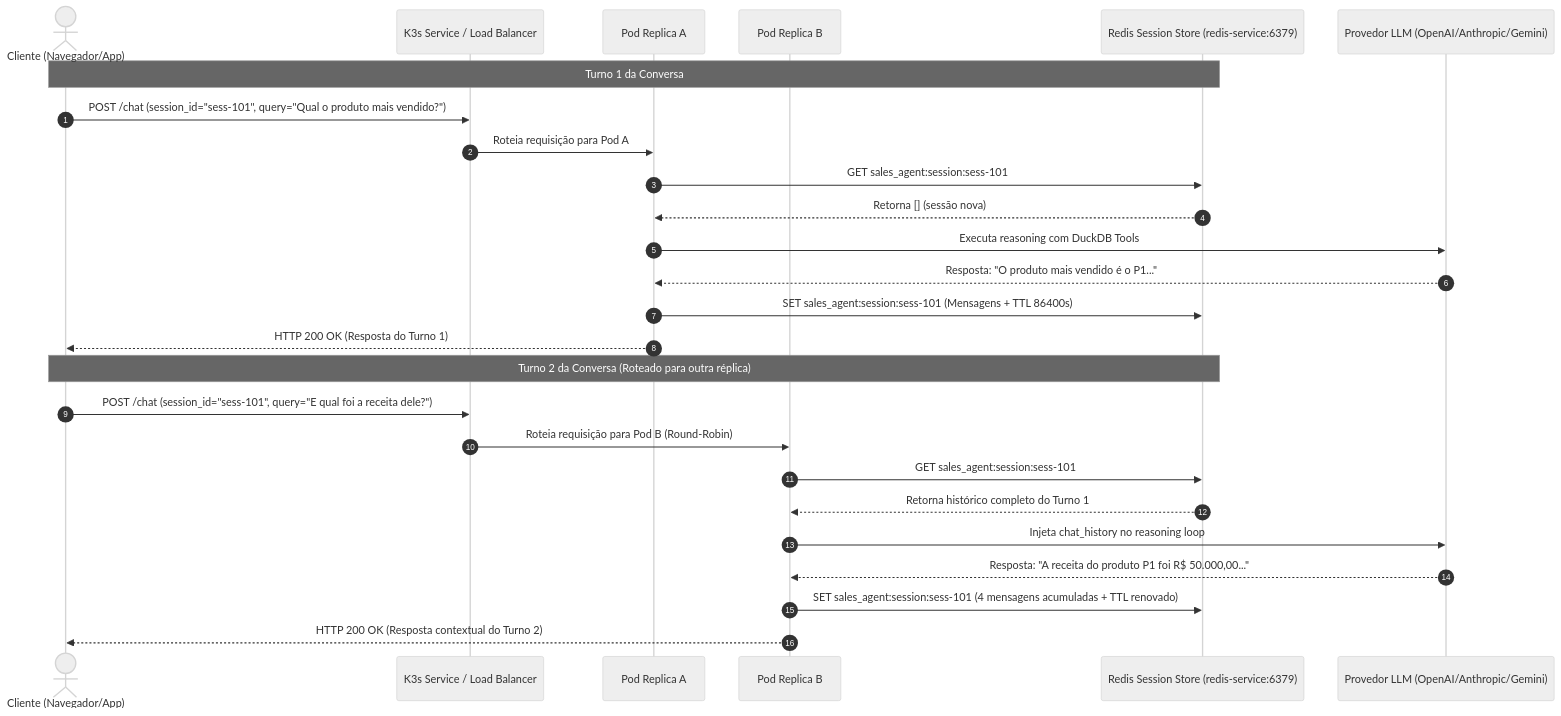
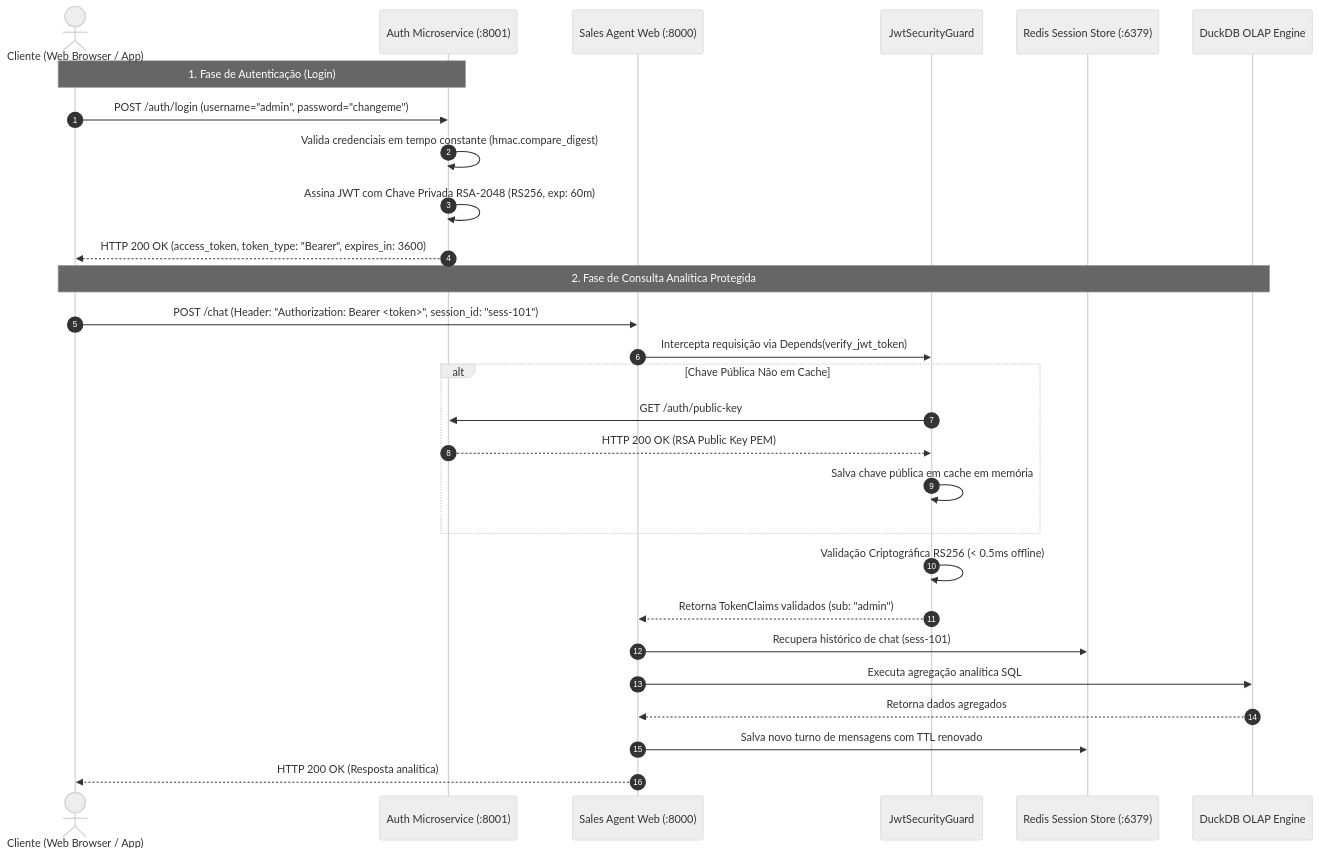
One commit to juliosilvacwb/sales-agent changed the second of 2 diagrams in README.md. Above: the diagram before and after it, drawn with Mermaid (neutral theme). The commit also changed other lines of this file and 42 other files, not shown here.

Commit message:
feat: implement JWT-based microservice authentication with RSA key management and FastAPI security guards

````diff
--- a/README.md
+++ b/README.md
@@ -109,30 +140,32 @@
 ```mermaid
 sequenceDiagram
     autonumber
-    actor Client as Cliente (Navegador/App)
-    participant K8sLB as K3s Service / Load Balancer
-    participant PodA as Pod Replica A
-    participant PodB as Pod Replica B
-    participant Redis as Redis Session Store (redis-service:6379)
-    participant LLM as Provedor LLM (OpenAI/Anthropic/Gemini)
+    actor Client as Cliente (Web Browser / App)
+    participant Auth as Auth Microservice (:8001)
+    participant Sales as Sales Agent Web (:8000)
+    participant Guard as JwtSecurityGuard
+    participant Redis as Redis Session Store (:6379)
+    participant DuckDB as DuckDB OLAP Engine
 
-    Note over Client,Redis: Turno 1 da Conversa
-    Client->>K8sLB: POST /chat (session_id="sess-101", query="Qual o produto mais vendido?")
-    K8sLB->>PodA: Roteia requisição para Pod A
-    PodA->>Redis: GET sales_agent:session:sess-101
-    Redis-->>PodA: Retorna [] (sessão nova)
-    PodA->>LLM: Executa reasoning com DuckDB Tools
-    LLM-->>PodA: Resposta: "O produto mais vendido é o P1..."
-    PodA->>Redis: SET sales_agent:session:sess-101 (Mensagens + TTL 86400s)
-    PodA-->>Client: HTTP 200 OK (Resposta do Turno 1)
+    Note over Client,Auth: 1. Fase de Autenticação (Login)
+    Client->>Auth: POST /auth/login (username="admin", password="changeme")
+    Auth->>Auth: Valida credenciais em tempo constante (hmac.compare_digest)
+    Auth->>Auth: Assina JWT com Chave Privada RSA-2048 (RS256, exp: 60m)
+    Auth-->>Client: HTTP 200 OK (access_token, token_type: "Bearer", expires_in: 3600)
 
-    Note over Client,Redis: Turno 2 da Conversa (Roteado para outra réplica)
-    Client->>K8sLB: POST /chat (session_id="sess-101", query="E qual foi a receita dele?")
-    K8sLB->>PodB: Roteia requisição para Pod B (Round-Robin)
-    PodB->>Redis: GET sales_agent:session:sess-101
-    Redis-->>PodB: Retorna histórico completo do Turno 1
-    PodB->>LLM: Injeta chat_history no reasoning loop
-    LLM-->>PodB: Resposta: "A receita do produto P1 foi R$ 50.000,00..."
-    PodB->>Redis: SET sales_agent:session:sess-101 (4 mensagens acumuladas + TTL renovado)
-    PodB-->>Client: HTTP 200 OK (Resposta contextual do Turno 2)
+    Note over Client,DuckDB: 2. Fase de Consulta Analítica Protegida
+    Client->>Sales: POST /chat (Header: "Authorization: Bearer <token>", session_id: "sess-101")
+    Sales->>Guard: Intercepta requisição via Depends(verify_jwt_token)
+    alt Chave Pública Não em Cache
+        Guard->>Auth: GET /auth/public-key
+        Auth-->>Guard: HTTP 200 OK (RSA Public Key PEM)
+        Guard->>Guard: Salva chave pública em cache em memória
+    end
+    Guard->>Guard: Validação Criptográfica RS256 (< 0.5ms offline)
+    Guard-->>Sales: Retorna TokenClaims validados (sub: "admin")
+    Sales->>Redis: Recupera histórico de chat (sess-101)
+    Sales->>DuckDB: Executa agregação analítica SQL
+    DuckDB-->>Sales: Retorna dados agregados
+    Sales->>Redis: Salva novo turno de mensagens com TTL renovado
+    Sales-->>Client: HTTP 200 OK (Resposta analítica)
 ```
````
